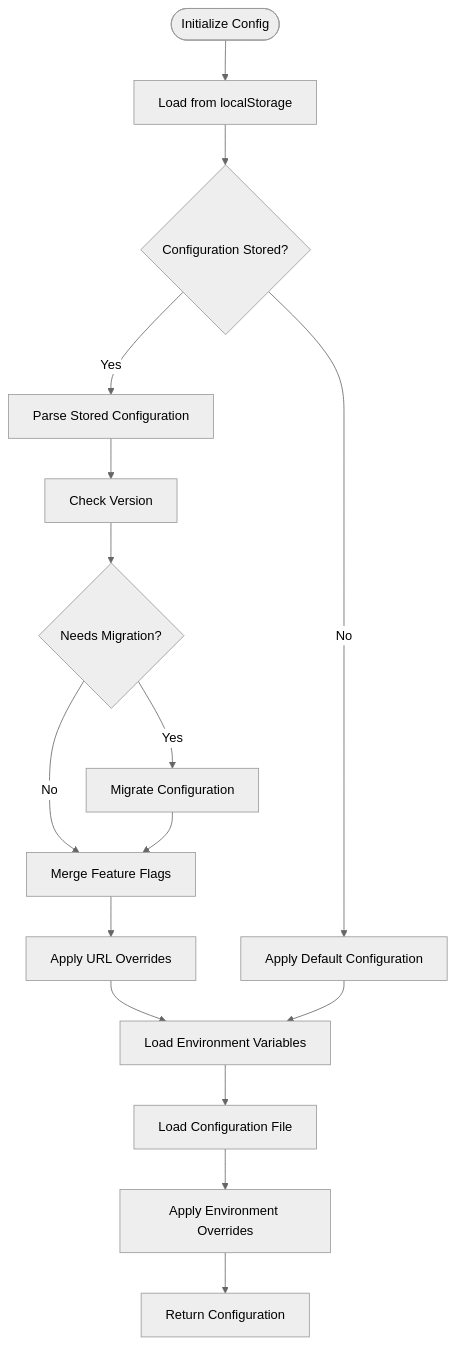
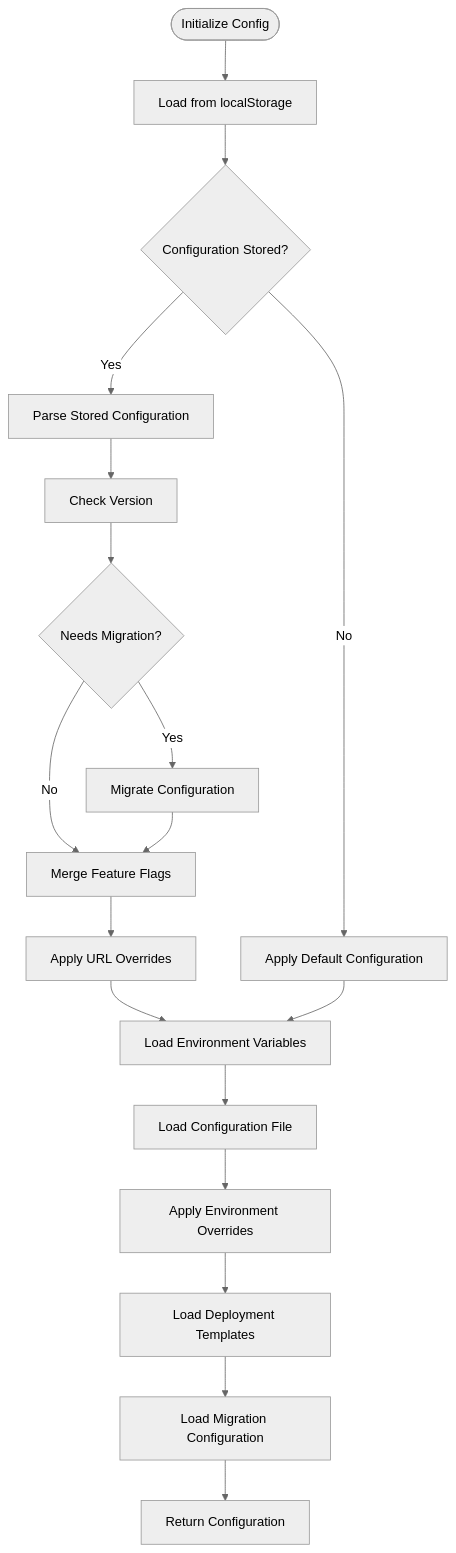
One commit to geniusdynamics/schoolpilot changed the third of 23 diagrams in .qoder/repowiki/en/content/Core Systems/Configuration System/Configuration System.md. Above: the diagram before and after it, drawn with Mermaid (neutral theme). The commit also changed other lines of this file and 8 other files, not shown here.

````diff
--- a/.qoder/repowiki/en/content/Core Systems/Configuration System/Configuration System.md
+++ b/.qoder/repowiki/en/content/Core Systems/Configuration System/Configuration System.md
@@ -186,18 +251,20 @@
 ```mermaid
 flowchart TD
 Start([Initialize Config]) --> LoadStorage["Load from localStorage"]
 LoadStorage --> HasStored{"Configuration Stored?"}
 HasStored --> |Yes| ParseStored["Parse Stored Configuration"]
 ParseStored --> CheckVersion["Check Version"]
 CheckVersion --> NeedsMigration{"Needs Migration?"}
 NeedsMigration --> |Yes| Migrate["Migrate Configuration"]
 NeedsMigration --> |No| MergeFeatures["Merge Feature Flags"]
 Migrate --> MergeFeatures
 MergeFeatures --> ApplyURL["Apply URL Overrides"]
 ApplyURL --> LoadEnvConfig["Load Environment Variables"]
 LoadEnvConfig --> LoadFileConfig["Load Configuration File"]
 LoadFileConfig --> ApplyEnvOverrides["Apply Environment Overrides"]
-ApplyEnvOverrides --> ReturnConfig["Return Configuration"]
+ApplyEnvOverrides --> LoadDeploymentTemplates["Load Deployment Templates"]
+LoadDeploymentTemplates --> LoadMigrationConfig["Load Migration Configuration"]
+LoadMigrationConfig --> ReturnConfig["Return Configuration"]
 HasStored --> |No| ApplyDefaults["Apply Default Configuration"]
 ApplyDefaults --> LoadEnvConfig
 ```
````
